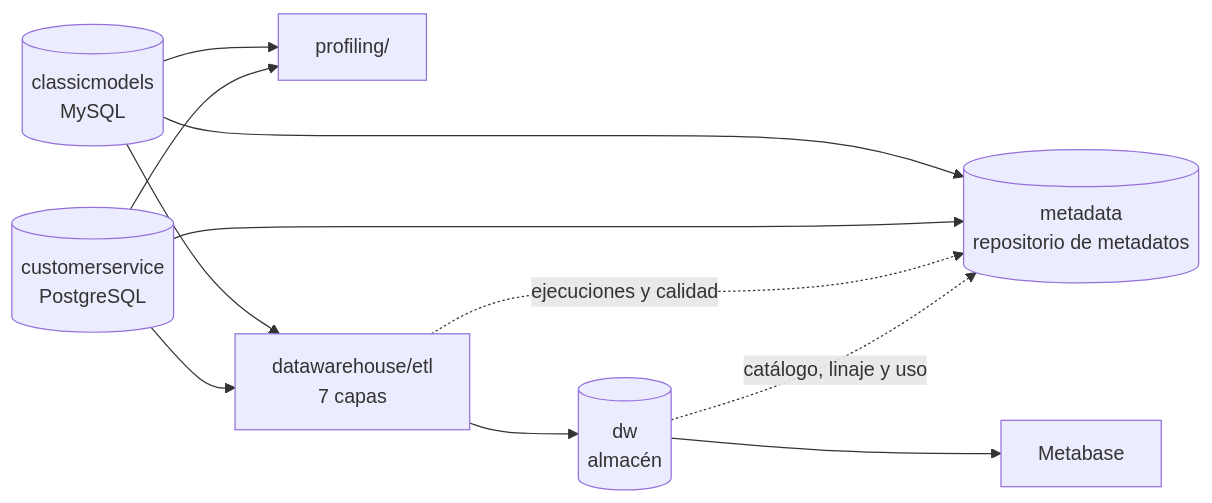
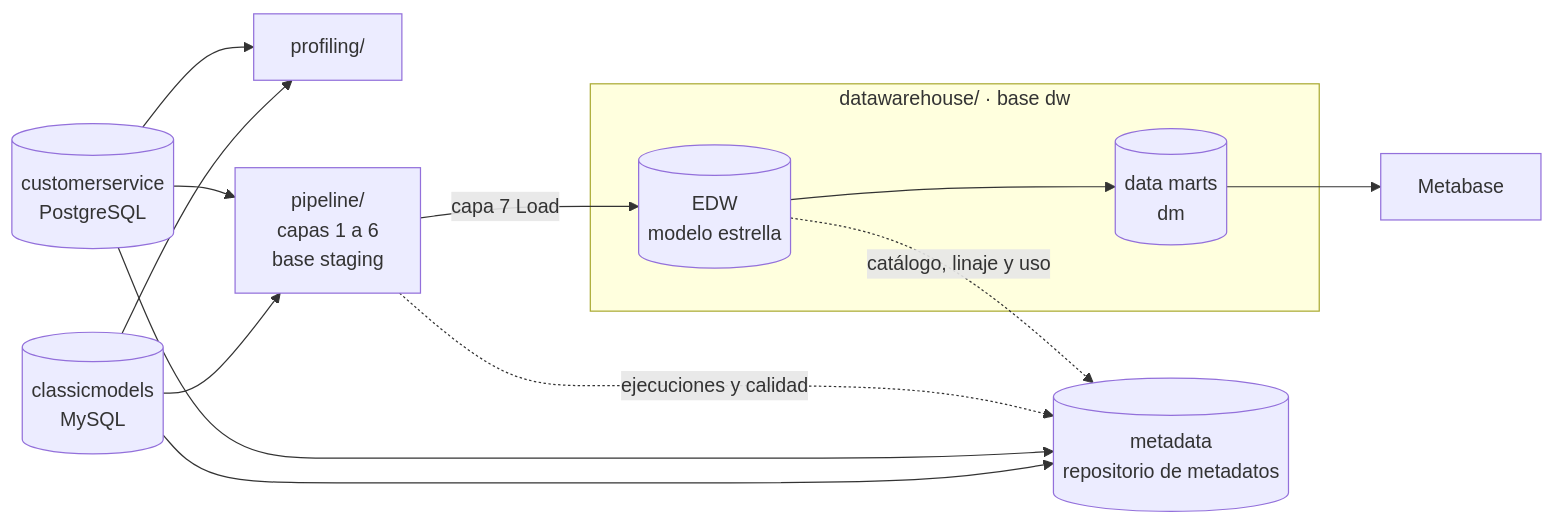
The diagram in README.md (salo368/proyecto-modelos-datos), drawn with Mermaid before and after one commit. The commit also changed other lines of this file and 40 other files, not shown here.

````diff
--- a/README.md
+++ b/README.md
@@ -74,13 +76,16 @@
 ```mermaid
 flowchart LR
     CM[(classicmodels<br/>MySQL)] --> P[profiling/]
     CS[(customerservice<br/>PostgreSQL)] --> P
     CM --> MR[(metadata<br/>repositorio de metadatos)]
     CS --> MR
-    CM --> ETL[datawarehouse/etl<br/>7 capas]
+    CM --> ETL[pipeline/<br/>capas 1 a 6<br/>base staging]
     CS --> ETL
-    ETL --> DW[(dw<br/>almacén)]
+    subgraph ALM[datawarehouse/ · base dw]
+        DW[(EDW<br/>modelo estrella)] --> DM[(data marts<br/>dm)]
+    end
+    ETL -- capa 7 Load --> DW
     ETL -. ejecuciones y calidad .-> MR
     DW -. catálogo, linaje y uso .-> MR
-    DW --> MB[Metabase]
+    DM --> MB[Metabase]
 ```
````
